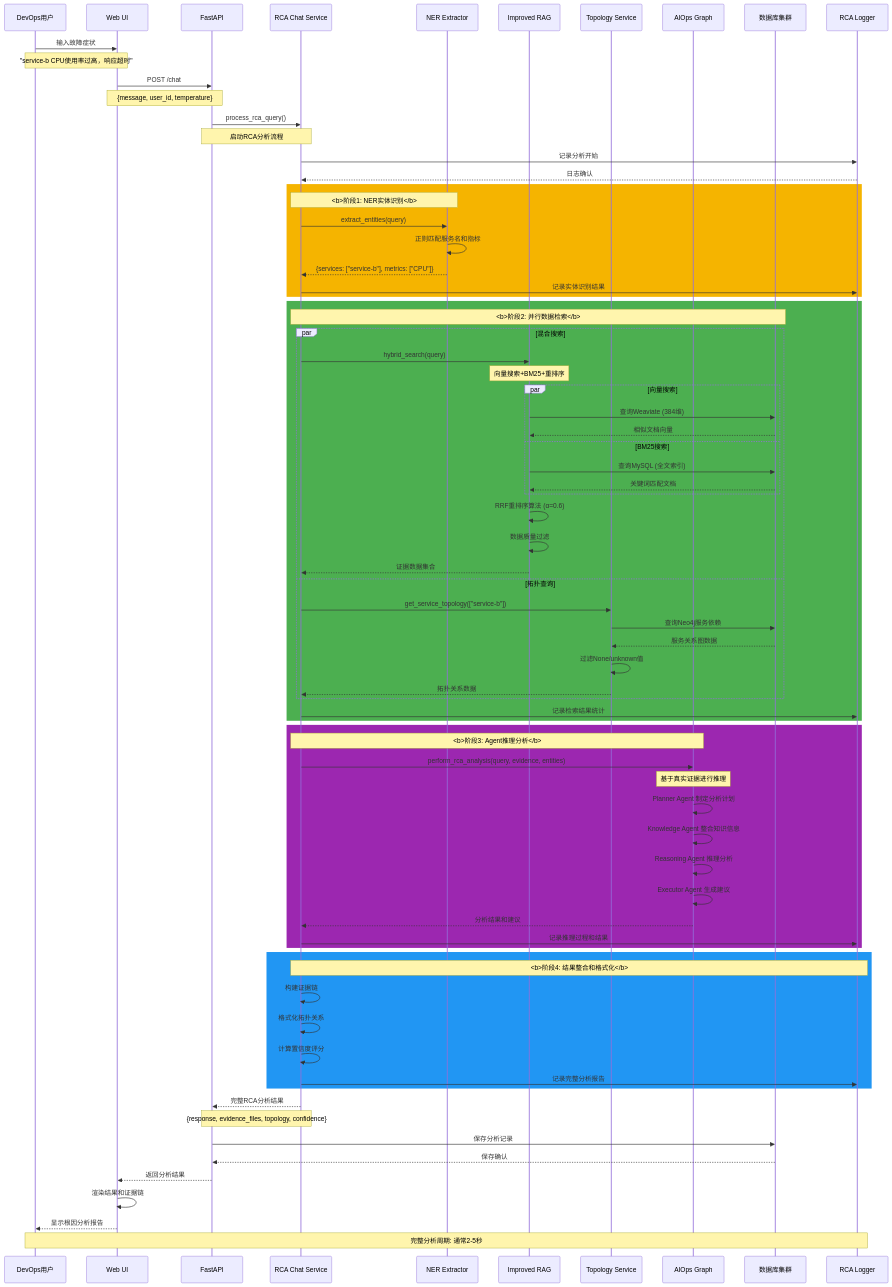
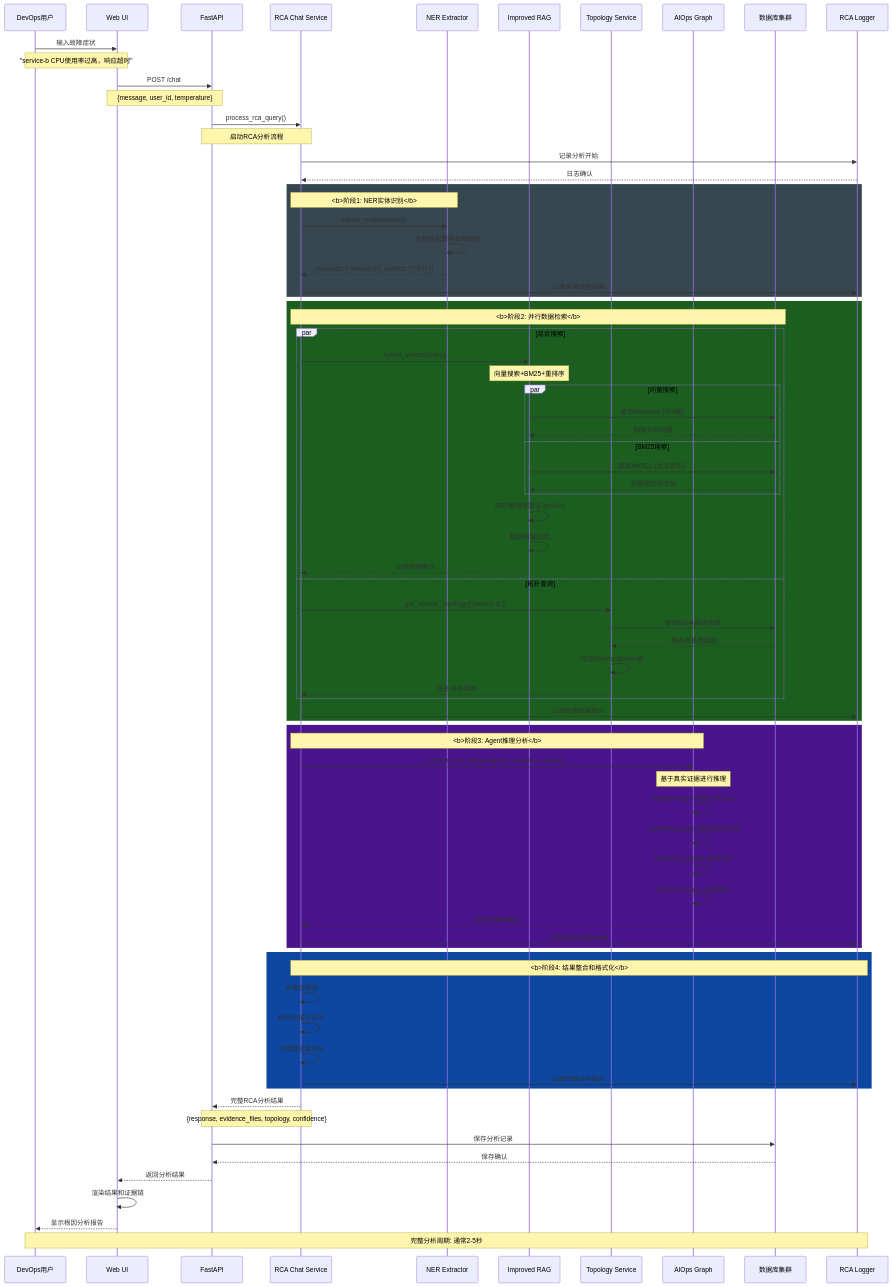
The second of 2 diagrams in docs/rca_architecture_flow.md (pkusnail/AIOpsPolaris), drawn with Mermaid before and after one commit. The commit also changed 1 other file, not shown here.

Commit message:
fix(docs): resolve mermaid parsing issues and improve text readability
- Fix Mermaid syntax error in system-design.md by adding quotes around Features node label containing special characters (α=0.6)
- Improve sequence diagram readability in rca_architecture_flow.md with darker background colors
- Replace bright colors with high-contrast dark backgrounds to ensure white text visibility:
  - Stage 1: Dark gray (55, 71, 79) for better contrast
  - Stage 2: Dark green (27, 94, 32) for clear text rendering
  - Stage 3: Dark purple (74, 20, 140) for optimal readability
  - Stage 4: Dark blue (13, 71, 161) for professional appearance
- Ensure all diagram elements render properly across different platforms and themes

🤖 Generated with [Claude Code](https://claude.ai/code)

```diff
--- a/docs/rca_architecture_flow.md
+++ b/docs/rca_architecture_flow.md
@@ -192,7 +192,7 @@
     Logger-->>RCA: 日志确认
     
     %% 第一阶段: NER实体识别
-    rect rgb(245, 180, 0)
+    rect rgb(55, 71, 79)
         Note over RCA,NER: <b>阶段1: NER实体识别</b>
         RCA->>NER: extract_entities(query)
         NER->>NER: 正则匹配服务名和指标
@@ -201,7 +201,7 @@
     end
     
     %% 第二阶段: 并行数据检索
-    rect rgb(76, 175, 80)
+    rect rgb(27, 94, 32)
         Note over RCA,DB: <b>阶段2: 并行数据检索</b>
         
         par 混合搜索
@@ -232,7 +232,7 @@
     end
     
     %% 第三阶段: Agent推理分析
-    rect rgb(156, 39, 176)
+    rect rgb(74, 20, 140)
         Note over RCA,Graph: <b>阶段3: Agent推理分析</b>
         RCA->>Graph: perform_rca_analysis(query, evidence, entities)
         Note over Graph: 基于真实证据进行推理
@@ -247,7 +247,7 @@
     end
     
     %% 第四阶段: 结果整合
-    rect rgb(33, 150, 243)
+    rect rgb(13, 71, 161)
         Note over RCA,Logger: <b>阶段4: 结果整合和格式化</b>
         RCA->>RCA: 构建证据链
         RCA->>RCA: 格式化拓扑关系
```
